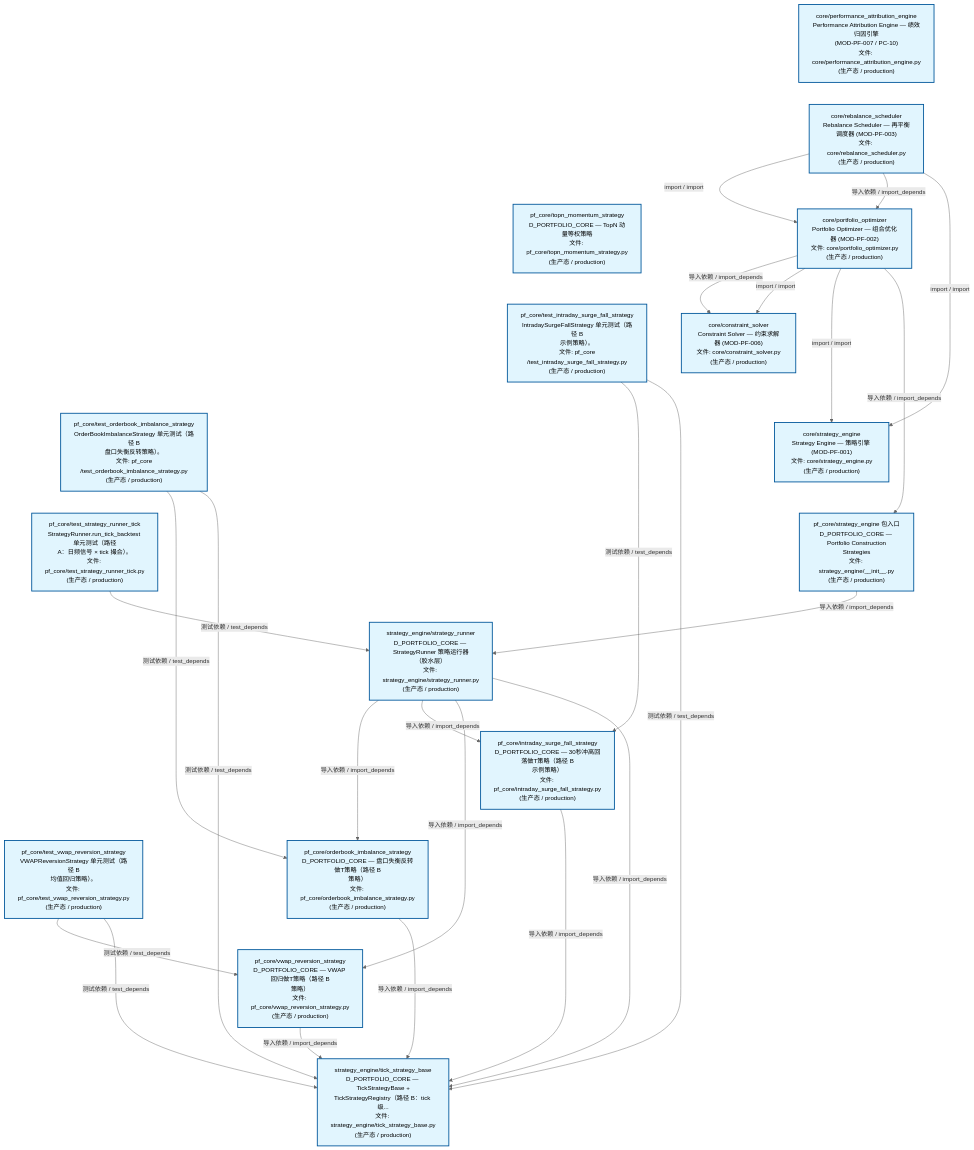
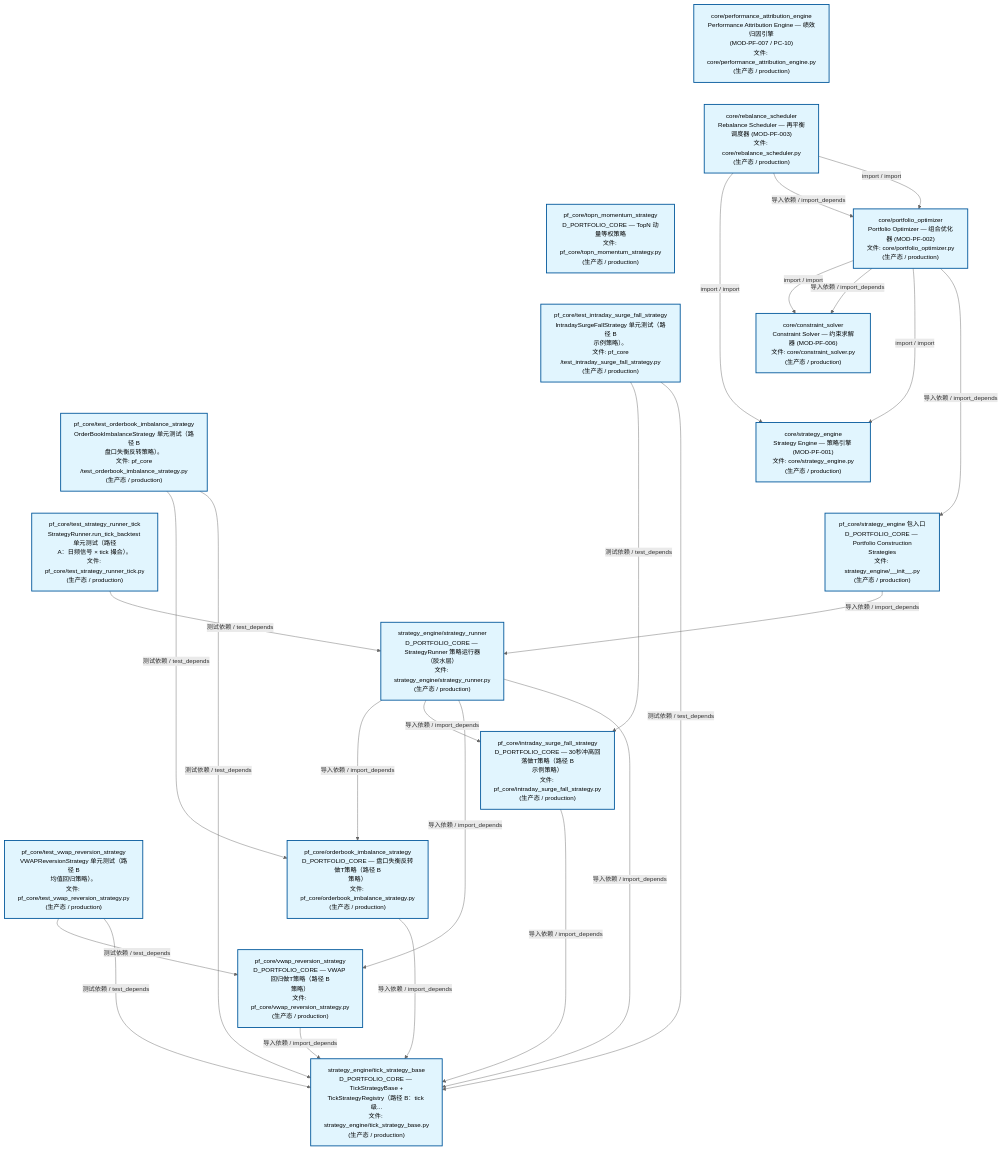
Before and after one commit to xuanFelixVan/ZephyrAlpha: the second of 3 diagrams in docs/02_enterprise_architecture/02_domain_architecture_docs/63_d_pf_core.md, drawn with Mermaid. The commit also changed other lines of this file and 48 other files, not shown here.

````diff
--- a/docs/02_enterprise_architecture/02_domain_architecture_docs/63_d_pf_core.md
+++ b/docs/02_enterprise_architecture/02_domain_architecture_docs/63_d_pf_core.md
@@ -139,57 +138,57 @@
 ```mermaid
 %%{init: {'theme': 'base', 'themeVariables': {'primaryColor': '#eaeaea', 'primaryTextColor': '#333333', 'primaryBorderColor': '#666666', 'lineColor': '#666666', 'secondaryColor': '#eaeaea', 'tertiaryColor': '#eaeaea', 'fontSize': '14px'}}}%%
 flowchart TD
     src_zephyr_pf_core_core_performance_attribution_engine_py["core/performance_attribution_engine<br/>Performance Attribution Engine — 绩效归因引擎<br/>(MOD-PF-007 / PC-10)<br/>文件: core/performance_attribution_engine.py<br/>(生产态 / production)"]
     src_zephyr_pf_core_core_rebalance_scheduler_py["core/rebalance_scheduler<br/>Rebalance Scheduler — 再平衡调度器 (MOD-PF-003)<br/>文件: core/rebalance_scheduler.py<br/>(生产态 / production)"]
     src_zephyr_pf_core_topn_momentum_strategy_py["pf_core/topn_momentum_strategy<br/>D_PORTFOLIO_CORE — TopN 动量等权策略<br/>文件: pf_core/topn_momentum_strategy.py<br/>(生产态 / production)"]
     tests_pf_core_test_intraday_surge_fall_strategy_py["pf_core/test_intraday_surge_fall_strategy<br/>IntradaySurgeFallStrategy 单元测试（路径 B<br/>示例策略）。<br/>文件: pf_core<br/>/test_intraday_surge_fall_strategy.py<br/>(生产态 / production)"]
     tests_pf_core_test_orderbook_imbalance_strategy_py["pf_core/test_orderbook_imbalance_strategy<br/>OrderBookImbalanceStrategy 单元测试（路径 B<br/>盘口失衡反转策略）。<br/>文件: pf_core<br/>/test_orderbook_imbalance_strategy.py<br/>(生产态 / production)"]
     tests_pf_core_test_strategy_runner_tick_py["pf_core/test_strategy_runner_tick<br/>StrategyRunner.run_tick_backtest 单元测试（路径<br/>A：日频信号 × tick 撮合）。<br/>文件: pf_core/test_strategy_runner_tick.py<br/>(生产态 / production)"]
     tests_pf_core_test_vwap_reversion_strategy_py["pf_core/test_vwap_reversion_strategy<br/>VWAPReversionStrategy 单元测试（路径 B<br/>均值回归策略）。<br/>文件: pf_core/test_vwap_reversion_strategy.py<br/>(生产态 / production)"]
     src_zephyr_pf_core_core_performance_attribution_engine_py ~~~ src_zephyr_pf_core_core_rebalance_scheduler_py
     src_zephyr_pf_core_core_rebalance_scheduler_py ~~~ src_zephyr_pf_core_topn_momentum_strategy_py
     src_zephyr_pf_core_topn_momentum_strategy_py ~~~ tests_pf_core_test_intraday_surge_fall_strategy_py
     tests_pf_core_test_intraday_surge_fall_strategy_py ~~~ tests_pf_core_test_orderbook_imbalance_strategy_py
     tests_pf_core_test_orderbook_imbalance_strategy_py ~~~ tests_pf_core_test_strategy_runner_tick_py
     tests_pf_core_test_strategy_runner_tick_py ~~~ tests_pf_core_test_vwap_reversion_strategy_py
     src_zephyr_pf_core_core_portfolio_optimizer_py["core/portfolio_optimizer<br/>Portfolio Optimizer — 组合优化器 (MOD-PF-002)<br/>文件: core/portfolio_optimizer.py<br/>(生产态 / production)"]
     src_zephyr_pf_core_core_constraint_solver_py["core/constraint_solver<br/>Constraint Solver — 约束求解器 (MOD-PF-006)<br/>文件: core/constraint_solver.py<br/>(生产态 / production)"]
     src_zephyr_pf_core_core_strategy_engine_py["core/strategy_engine<br/>Strategy Engine — 策略引擎 (MOD-PF-001)<br/>文件: core/strategy_engine.py<br/>(生产态 / production)"]
     src_zephyr_pf_core_strategy_engine_init_py["pf_core/strategy_engine 包入口<br/>D_PORTFOLIO_CORE — Portfolio Construction<br/>Strategies<br/>文件: strategy_engine/__init__.py<br/>(生产态 / production)"]
     src_zephyr_pf_core_core_constraint_solver_py ~~~ src_zephyr_pf_core_core_strategy_engine_py
     src_zephyr_pf_core_core_strategy_engine_py ~~~ src_zephyr_pf_core_strategy_engine_init_py
     src_zephyr_pf_core_strategy_engine_strategy_runner_py["strategy_engine/strategy_runner<br/>D_PORTFOLIO_CORE — StrategyRunner 策略运行器<br/>（胶水层）<br/>文件: strategy_engine/strategy_runner.py<br/>(生产态 / production)"]
     src_zephyr_pf_core_intraday_surge_fall_strategy_py["pf_core/intraday_surge_fall_strategy<br/>D_PORTFOLIO_CORE — 30秒冲高回落做T策略（路径 B<br/>示例策略）<br/>文件: pf_core/intraday_surge_fall_strategy.py<br/>(生产态 / production)"]
     src_zephyr_pf_core_orderbook_imbalance_strategy_py["pf_core/orderbook_imbalance_strategy<br/>D_PORTFOLIO_CORE — 盘口失衡反转做T策略（路径 B<br/>策略）<br/>文件: pf_core/orderbook_imbalance_strategy.py<br/>(生产态 / production)"]
     src_zephyr_pf_core_vwap_reversion_strategy_py["pf_core/vwap_reversion_strategy<br/>D_PORTFOLIO_CORE — VWAP 回归做T策略（路径 B<br/>策略）<br/>文件: pf_core/vwap_reversion_strategy.py<br/>(生产态 / production)"]
     src_zephyr_pf_core_intraday_surge_fall_strategy_py ~~~ src_zephyr_pf_core_orderbook_imbalance_strategy_py
     src_zephyr_pf_core_orderbook_imbalance_strategy_py ~~~ src_zephyr_pf_core_vwap_reversion_strategy_py
     src_zephyr_pf_core_strategy_engine_tick_strategy_base_py["strategy_engine/tick_strategy_base<br/>D_PORTFOLIO_CORE — TickStrategyBase +<br/>TickStrategyRegistry（路径 B：tick 级...<br/>文件: strategy_engine/tick_strategy_base.py<br/>(生产态 / production)"]
     src_zephyr_pf_core_orderbook_imbalance_strategy_py -->|导入依赖 / import_depends| src_zephyr_pf_core_strategy_engine_tick_strategy_base_py
     src_zephyr_pf_core_intraday_surge_fall_strategy_py -->|导入依赖 / import_depends| src_zephyr_pf_core_strategy_engine_tick_strategy_base_py
+    src_zephyr_pf_core_core_rebalance_scheduler_py -->|import / import| src_zephyr_pf_core_core_strategy_engine_py
+    src_zephyr_pf_core_core_rebalance_scheduler_py -->|导入依赖 / import_depends| src_zephyr_pf_core_core_portfolio_optimizer_py
+    src_zephyr_pf_core_core_rebalance_scheduler_py -->|import / import| src_zephyr_pf_core_core_portfolio_optimizer_py
     src_zephyr_pf_core_vwap_reversion_strategy_py -->|导入依赖 / import_depends| src_zephyr_pf_core_strategy_engine_tick_strategy_base_py
+    src_zephyr_pf_core_core_portfolio_optimizer_py -->|import / import| src_zephyr_pf_core_core_constraint_solver_py
     src_zephyr_pf_core_core_portfolio_optimizer_py -->|导入依赖 / import_depends| src_zephyr_pf_core_core_constraint_solver_py
-    src_zephyr_pf_core_core_portfolio_optimizer_py -->|import / import| src_zephyr_pf_core_core_constraint_solver_py
     src_zephyr_pf_core_core_portfolio_optimizer_py -->|import / import| src_zephyr_pf_core_core_strategy_engine_py
     src_zephyr_pf_core_core_portfolio_optimizer_py -->|导入依赖 / import_depends| src_zephyr_pf_core_strategy_engine_init_py
-    src_zephyr_pf_core_core_rebalance_scheduler_py -->|import / import| src_zephyr_pf_core_core_portfolio_optimizer_py
-    src_zephyr_pf_core_core_rebalance_scheduler_py -->|导入依赖 / import_depends| src_zephyr_pf_core_core_portfolio_optimizer_py
-    src_zephyr_pf_core_core_rebalance_scheduler_py -->|import / import| src_zephyr_pf_core_core_strategy_engine_py
-    src_zephyr_pf_core_strategy_engine_init_py -->|导入依赖 / import_depends| src_zephyr_pf_core_strategy_engine_strategy_runner_py
     src_zephyr_pf_core_strategy_engine_strategy_runner_py -->|导入依赖 / import_depends| src_zephyr_pf_core_orderbook_imbalance_strategy_py
     src_zephyr_pf_core_strategy_engine_strategy_runner_py -->|导入依赖 / import_depends| src_zephyr_pf_core_intraday_surge_fall_strategy_py
     src_zephyr_pf_core_strategy_engine_strategy_runner_py -->|导入依赖 / import_depends| src_zephyr_pf_core_vwap_reversion_strategy_py
     src_zephyr_pf_core_strategy_engine_strategy_runner_py -->|导入依赖 / import_depends| src_zephyr_pf_core_strategy_engine_tick_strategy_base_py
+    src_zephyr_pf_core_strategy_engine_init_py -->|导入依赖 / import_depends| src_zephyr_pf_core_strategy_engine_strategy_runner_py
     tests_pf_core_test_intraday_surge_fall_strategy_py -->|测试依赖 / test_depends| src_zephyr_pf_core_intraday_surge_fall_strategy_py
     tests_pf_core_test_intraday_surge_fall_strategy_py -->|测试依赖 / test_depends| src_zephyr_pf_core_strategy_engine_tick_strategy_base_py
-    tests_pf_core_test_strategy_runner_tick_py -->|测试依赖 / test_depends| src_zephyr_pf_core_strategy_engine_strategy_runner_py
     tests_pf_core_test_orderbook_imbalance_strategy_py -->|测试依赖 / test_depends| src_zephyr_pf_core_orderbook_imbalance_strategy_py
     tests_pf_core_test_orderbook_imbalance_strategy_py -->|测试依赖 / test_depends| src_zephyr_pf_core_strategy_engine_tick_strategy_base_py
+    tests_pf_core_test_strategy_runner_tick_py -->|测试依赖 / test_depends| src_zephyr_pf_core_strategy_engine_strategy_runner_py
     tests_pf_core_test_vwap_reversion_strategy_py -->|测试依赖 / test_depends| src_zephyr_pf_core_vwap_reversion_strategy_py
     tests_pf_core_test_vwap_reversion_strategy_py -->|测试依赖 / test_depends| src_zephyr_pf_core_strategy_engine_tick_strategy_base_py
     classDef production fill:#e1f5fe,stroke:#01579b,stroke-width:2px,color:#000
     classDef design fill:#fff3e0,stroke:#e65100,stroke-width:2px,color:#000,stroke-dasharray: 5 5
     classDef external_prod fill:#e8f4fd,stroke:#0277bd,stroke-width:1px,color:#000
     classDef external_design fill:#fff8e7,stroke:#ef6c00,stroke-width:1px,color:#000,stroke-dasharray: 5 5
     class src_zephyr_pf_core_core_constraint_solver_py,src_zephyr_pf_core_core_performance_attribution_engine_py,src_zephyr_pf_core_core_portfolio_optimizer_py,src_zephyr_pf_core_core_rebalance_scheduler_py,src_zephyr_pf_core_core_strategy_engine_py,src_zephyr_pf_core_intraday_surge_fall_strategy_py,src_zephyr_pf_core_orderbook_imbalance_strategy_py,src_zephyr_pf_core_strategy_engine_init_py,src_zephyr_pf_core_strategy_engine_strategy_runner_py,src_zephyr_pf_core_strategy_engine_tick_strategy_base_py,src_zephyr_pf_core_topn_momentum_strategy_py,src_zephyr_pf_core_vwap_reversion_strategy_py,tests_pf_core_test_intraday_surge_fall_strategy_py,tests_pf_core_test_orderbook_imbalance_strategy_py,tests_pf_core_test_strategy_runner_tick_py,tests_pf_core_test_vwap_reversion_strategy_py production
 ```
````
